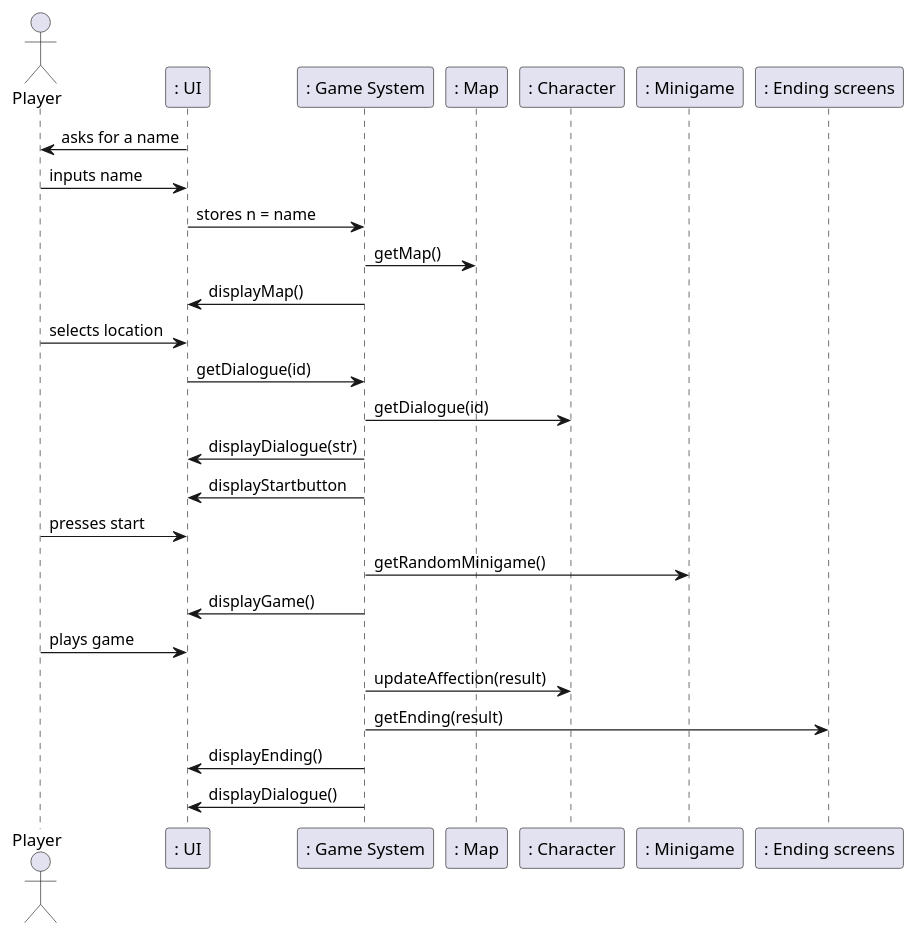
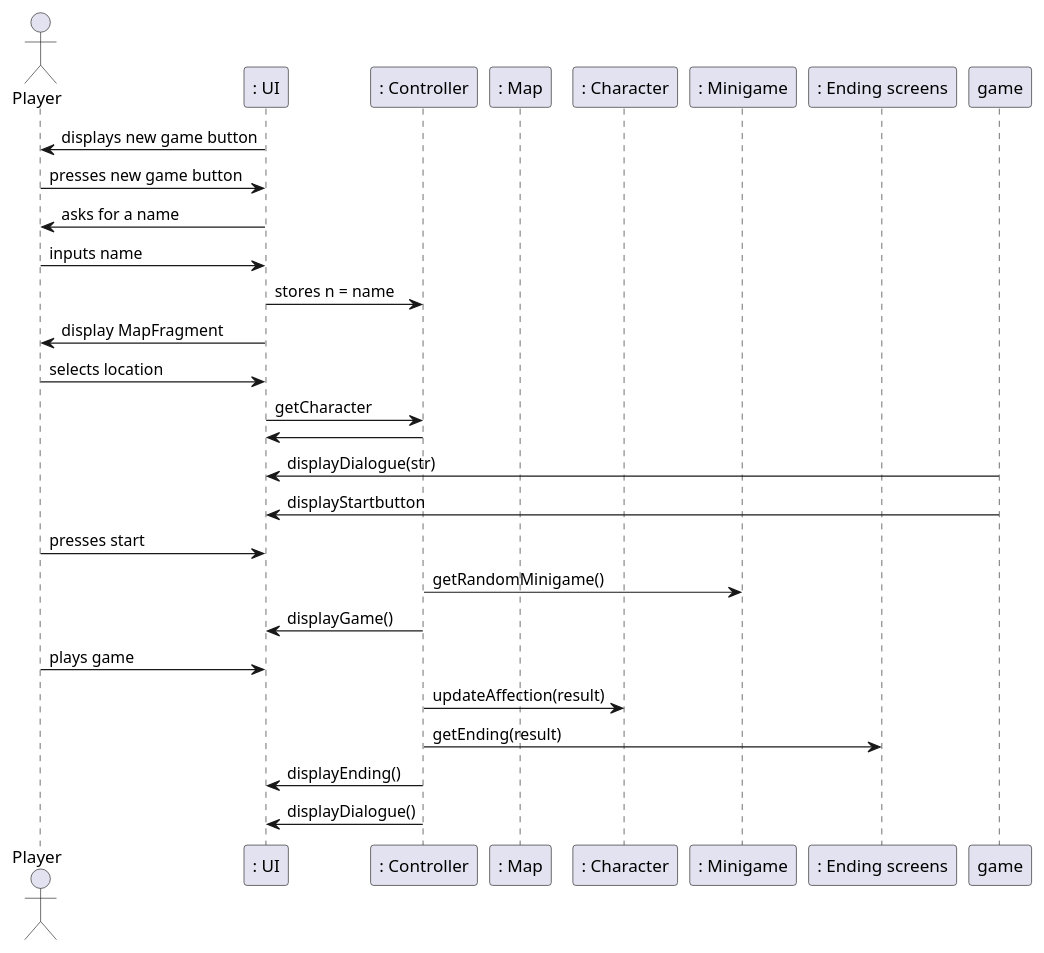
One commit to rsanlop/Untitled-Dating-Sim changed the second of 2 diagrams in intellij/doc/design.md. Above: the diagram before and after it, drawn with PlantUML. The commit also changed 1 other file, not shown here.

Commit message:
made minor changes to documentation

````diff
--- a/intellij/doc/design.md
+++ b/intellij/doc/design.md
@@ -48,31 +48,31 @@
 ```plantuml
 @startuml
 
 actor "Player" as player 
 participant ": UI" as ui
-participant ": Game System" as game
+participant ": Controller" as controller
 participant ": Map" as map
 participant ": Character" as character
 participant ": Minigame" as minigame
 participant ": Ending screens" as ending
 
-
+ui -> player : displays new game button 
+player -> ui : presses new game button
 ui -> player : asks for a name
 player -> ui : inputs name
-ui -> game : stores n = name
-game -> map : getMap()
-game -> ui : displayMap()
+ui -> controller : stores n = name
+ui -> player : display MapFragment
 player -> ui : selects location
-ui -> game : getDialogue(id)
-game -> character : getDialogue(id)
+ui -> controller : getCharacter
+controller -> ui : 
 game -> ui : displayDialogue(str)
 game -> ui : displayStartbutton
 player -> ui : presses start 
-game -> minigame : getRandomMinigame()
-game -> ui : displayGame()
+controller -> minigame : getRandomMinigame()
+controller -> ui : displayGame()
 player -> ui : plays game
-game -> character : updateAffection(result)
-game -> ending : getEnding(result)
-game -> ui : displayEnding()
-game -> ui : displayDialogue()
+controller -> character : updateAffection(result)
+controller -> ending : getEnding(result)
+controller -> ui : displayEnding()
+controller -> ui : displayDialogue()
 ```
````
